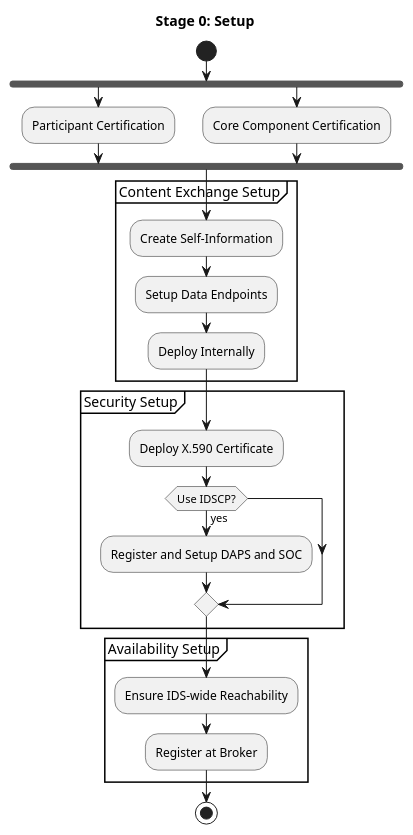
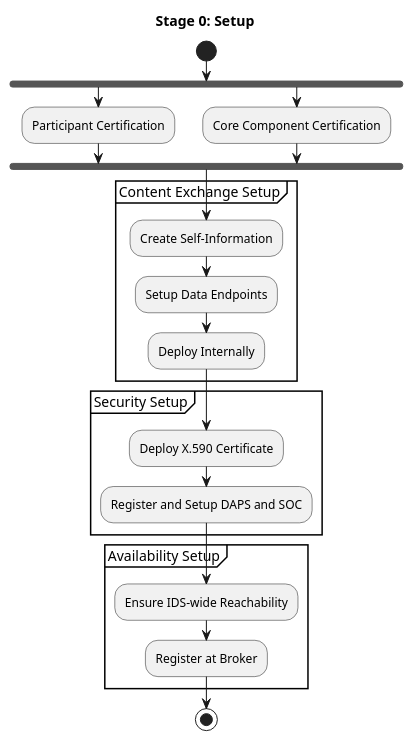
Before and after one commit to IndustrialDataSpace/Documentation: the diagram in stage0_setup.plantuml, drawn with PlantUML. The commit also changed 5 other files, not shown here.

Commit message:
add sequence diagrams for broker interaction, contract negotiation and resource usage

```diff
--- a/stage0_setup.plantuml
+++ b/stage0_setup.plantuml
@@ -1,34 +1,31 @@
 @startuml
 
 start
 
 title Stage 0: Setup
 
 fork
 :Participant Certification;
 fork again
 :Core Component Certification;
 end fork
 
 partition "Content Exchange Setup" {
 	:Create Self-Information;
 	:Setup Data Endpoints;
 	:Deploy Internally;
 }
 
 partition "Security Setup" {
     :Deploy X.590 Certificate;
-
-    if (Use IDSCP?) then (yes)
-        :Register and Setup DAPS and SOC;
-    endif
+    :Register and Setup DAPS and SOC;
 }
 
 partition "Availability Setup" {
     :Ensure IDS-wide Reachability;
     :Register at Broker;
 }
 
 stop
 
 @enduml
```
